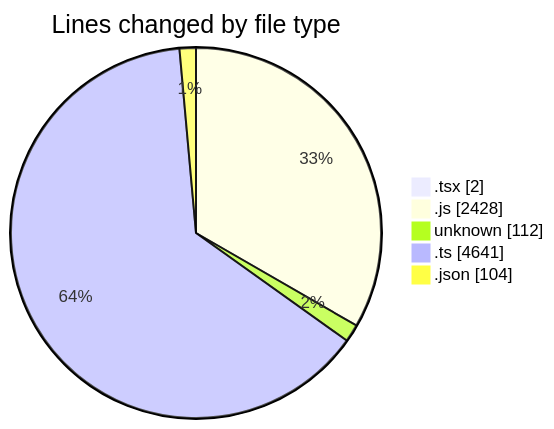
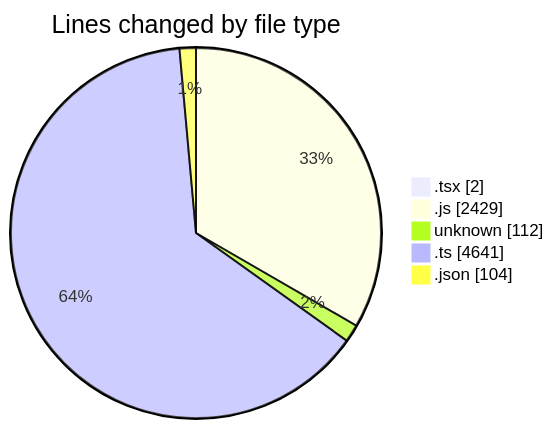
One commit to momahboobian/code-tracking changed the first of 2 diagrams in 2026-05-06/cda/README.md. Above: the diagram before and after it, drawn with Mermaid. The commit also changed other lines of this file and 1 other file, not shown here.

````diff
--- a/2026-05-06/cda/README.md
+++ b/2026-05-06/cda/README.md
@@ -34,9 +34,9 @@
 ```mermaid
 pie showData
 title Lines changed by file type
 ".tsx" : 2
-".js" : 2428
+".js" : 2429
 "unknown" : 112
 ".ts" : 4641
 ".json" : 104
 ```
````
